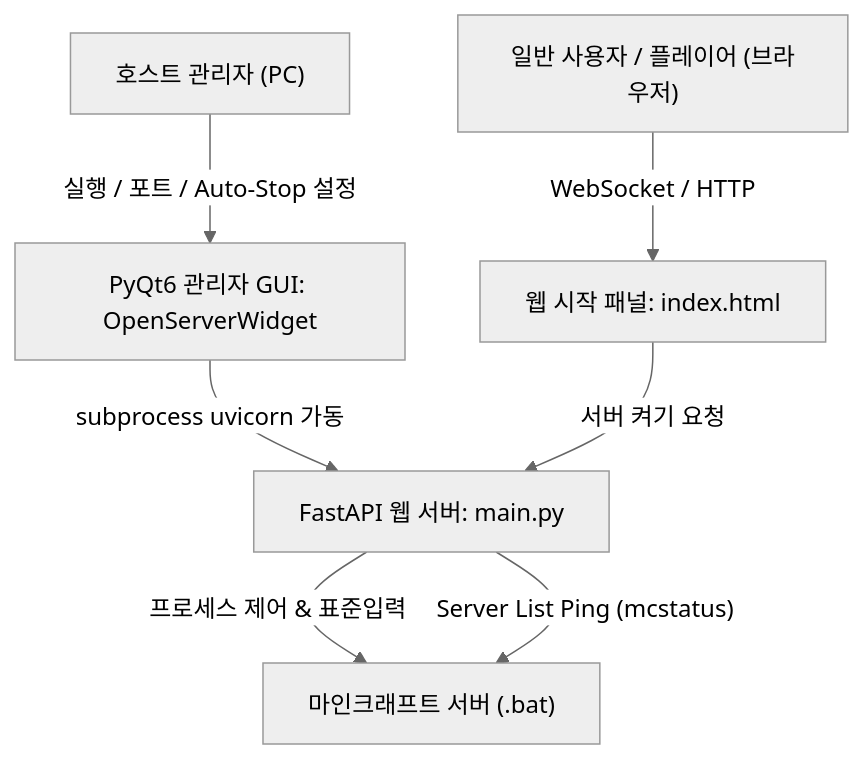
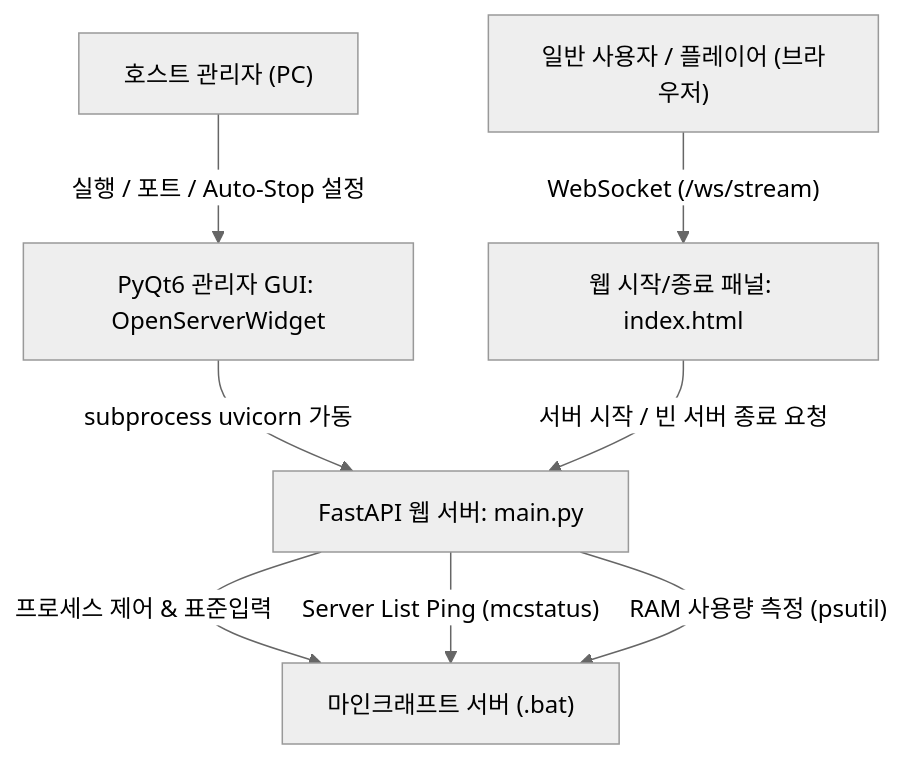
The diagram in README.md (ehrl1225/web_server_for_minecraft_server), drawn with Mermaid (neutral theme) before and after one commit. The commit also changed other lines of this file and 7 other files, not shown here.

````diff
--- a/README.md
+++ b/README.md
@@ -9,11 +9,12 @@
 ```mermaid
 flowchart TD
     Host["호스트 관리자 (PC)"] -->|"실행 / 포트 / Auto-Stop 설정"| PyQt["PyQt6 관리자 GUI: OpenServerWidget"]
     PyQt -->|"subprocess uvicorn 가동"| FastAPI["FastAPI 웹 서버: main.py"]
     
     FastAPI -->|"프로세스 제어 & 표준입력"| MC["마인크래프트 서버 (.bat)"]
     FastAPI -->|"Server List Ping (mcstatus)"| MC
+    FastAPI -->|"RAM 사용량 측정 (psutil)"| MC
     
-    Player["일반 사용자 / 플레이어 (브라우저)"] -->|"WebSocket / HTTP"| WebPanel["웹 시작 패널: index.html"]
-    WebPanel -->|"서버 켜기 요청"| FastAPI
+    Player["일반 사용자 / 플레이어 (브라우저)"] -->|"WebSocket (/ws/stream)"| WebPanel["웹 시작/종료 패널: index.html"]
+    WebPanel -->|"서버 시작 / 빈 서버 종료 요청"| FastAPI
 ```
````
